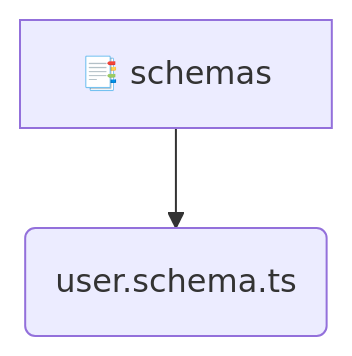
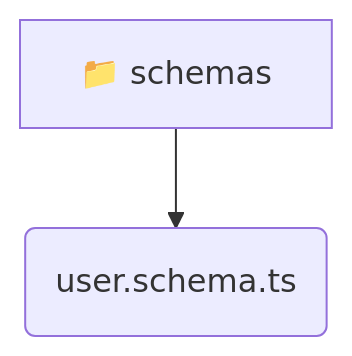
Before and after one commit to beginwebdev2002/fullstack-mavluda: the diagram in backend/src/modules/user/infrastructure/schemas/README.md, drawn with Mermaid. The commit also changed other lines of this file and 155 other files, not shown here.

````diff
--- a/backend/src/modules/user/infrastructure/schemas/README.md
+++ b/backend/src/modules/user/infrastructure/schemas/README.md
@@ -9,5 +9,5 @@
 ```mermaid
 graph TD
-  schemas[📑 schemas]
-  schemas --> user_schema_ts(user.schema.ts)
+  schemas[📁 schemas]
+  schemas --> schemas_user_schema_ts(user.schema.ts)
 ```
````
